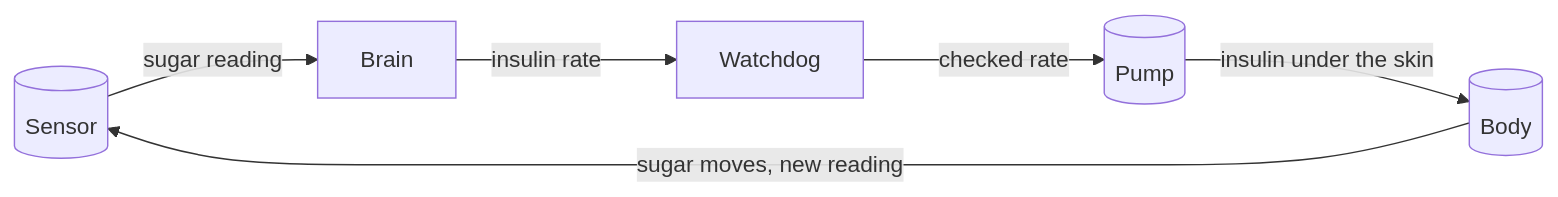
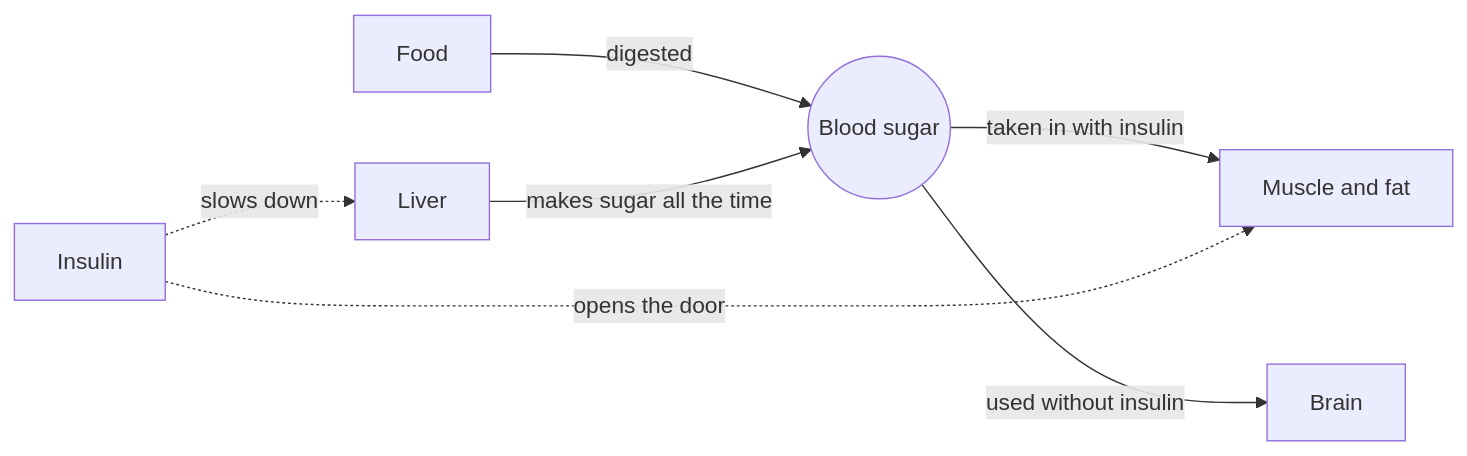
Before and after one commit to jodli/tir-tuner: the diagram in docs/patient/index.md, drawn with Mermaid. The commit also changed other lines of this file and 18 other files, not shown here.

````diff
--- a/docs/patient/index.md
+++ b/docs/patient/index.md
@@ -31,8 +19,9 @@
 ```mermaid
 flowchart LR
-    S[(Sensor)] -->|sugar reading| B[Brain]
-    B -->|insulin rate| W[Watchdog]
-    W -->|checked rate| P[(Pump)]
-    P -->|insulin under the skin| V[(Body)]
-    V -->|sugar moves, new reading| S
+    F[Food] -->|digested| B((Blood sugar))
+    L[Liver] -->|makes sugar all the time| B
+    B -->|used without insulin| BR[Brain]
+    B -->|taken in with insulin| M[Muscle and fat]
+    I[Insulin] -.opens the door.-> M
+    I -.slows down.-> L
 ```
````
